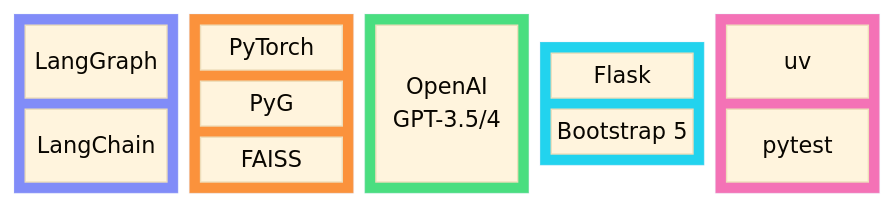
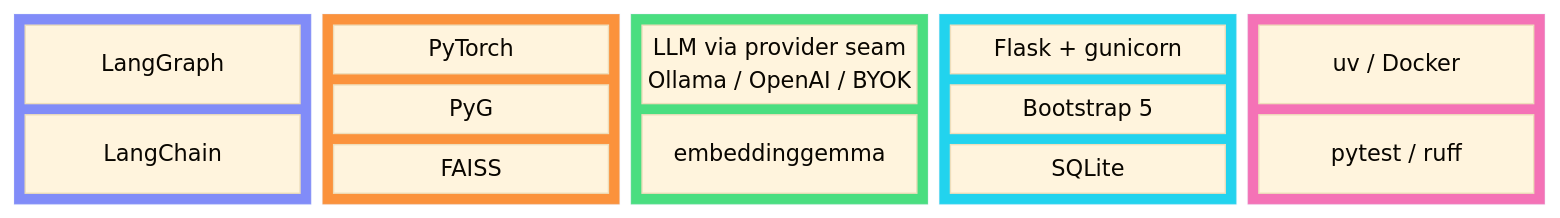
One commit to AluminumShark/Social-Debate-AI changed the fourth of 4 diagrams in README.md. Above: the diagram before and after it, drawn with Mermaid. The commit also changed other lines of this file, not shown here.

First line of the commit message:
docs: redraw README architecture and tech-stack diagrams

````diff
--- a/README.md
+++ b/README.md
@@ -381,41 +371,43 @@
 ```mermaid
 %%{init: {'theme': 'base'}}%%
 block-beta
     columns 5
 
     block:orch:1
         columns 1
         A["LangGraph"]
         B["LangChain"]
     end
 
     block:ml:1
         columns 1
         C["PyTorch"]
         D["PyG"]
         E["FAISS"]
     end
 
     block:llm:1
         columns 1
-        F["OpenAI<br/>GPT-3.5/4"]
+        F["LLM via provider seam<br/>Ollama / OpenAI / BYOK"]
+        K["embeddinggemma"]
     end
 
     block:web:1
         columns 1
-        G["Flask"]
+        G["Flask + gunicorn"]
         H["Bootstrap 5"]
+        L["SQLite"]
     end
 
     block:tools:1
         columns 1
-        I["uv"]
-        J["pytest"]
+        I["uv / Docker"]
+        J["pytest / ruff"]
     end
 
     style orch fill:#818cf8,color:#fff
     style ml fill:#fb923c,color:#fff
     style llm fill:#4ade80,color:#fff
     style web fill:#22d3ee,color:#fff
     style tools fill:#f472b6,color:#fff
 ```
````
